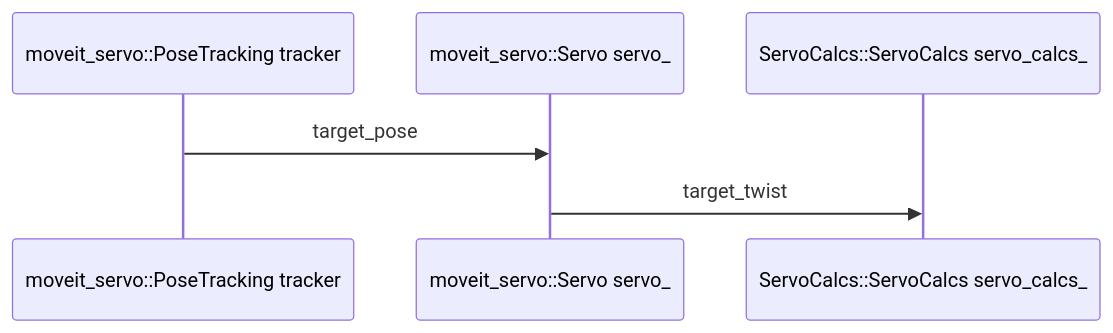
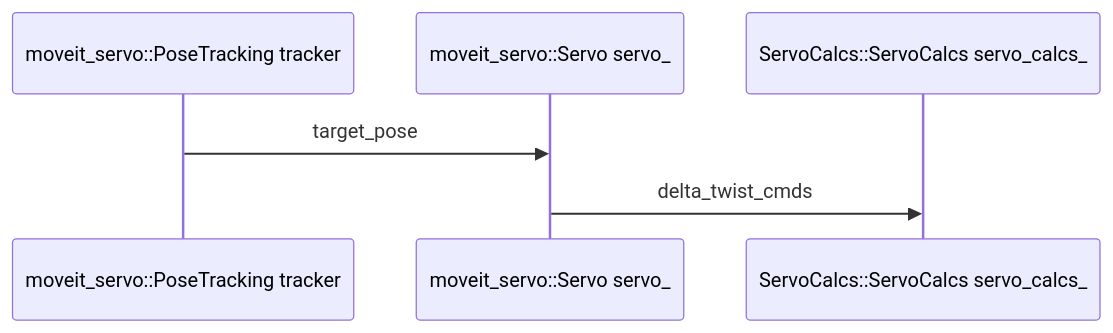
Before and after one commit to kemjensak/isaac_sim_tutorial: the first of 2 diagrams in docs/day3-4.md, drawn with Mermaid. The commit also changed other lines of this file, not shown here.

````diff
--- a/docs/day3-4.md
+++ b/docs/day3-4.md
@@ -121,8 +121,8 @@
 ```mermaid 
 sequenceDiagram 
 	 participant A as moveit_servo::PoseTracking tracker
 	 participant B as moveit_servo::Servo servo_ 
 	 participant C as ServoCalcs::ServoCalcs servo_calcs_  
 	 A->>B: target_pose 
-	 B->>C: target_twist
+	 B->>C: delta_twist_cmds
 ```
````
